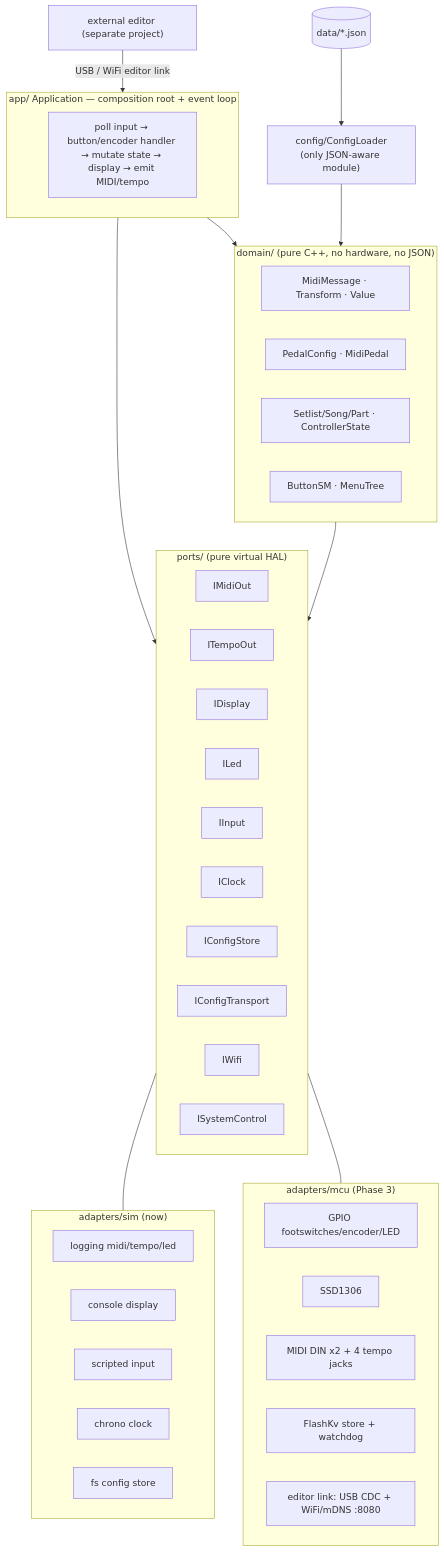
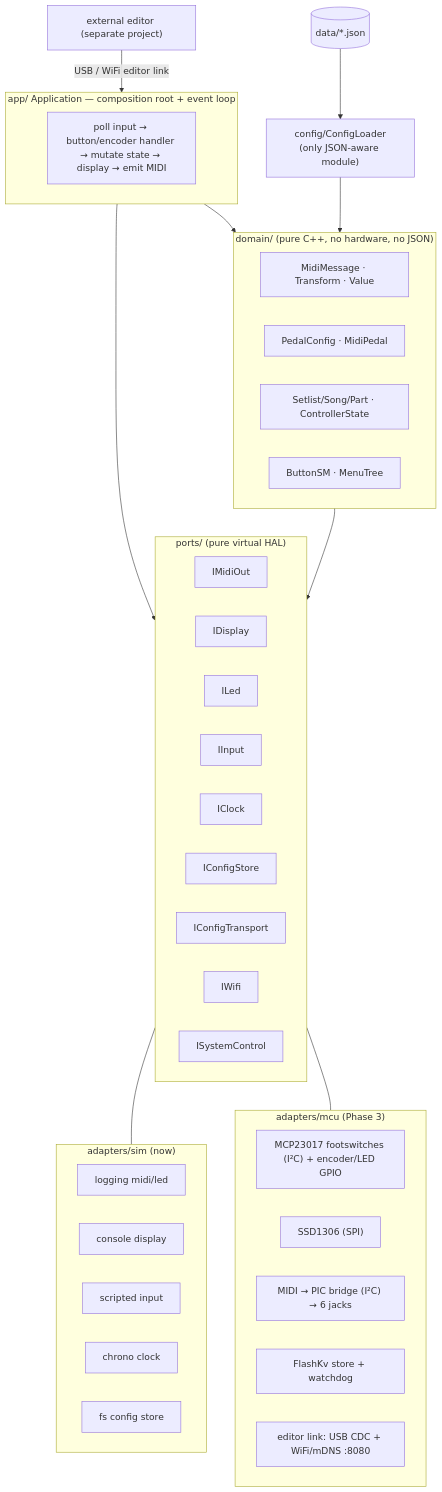
Before and after one commit to jcksnvllxr80/MidiControllerCpp: the first of 2 diagrams in docs/architecture.md, drawn with Mermaid. The commit also changed other lines of this file and 34 other files, not shown here.

Commit message:
Refactor Pico 2 W firmware to drive the real PCB (MCP23017 over I²C, MIDI via PIC bridge, SPI OLED) and remove the fictional tempo-output port

````diff
--- a/docs/architecture.md
+++ b/docs/architecture.md
@@ -7,45 +7,45 @@
 ```mermaid
 flowchart TB
     EXT["external editor (separate project)"] -- "USB / WiFi editor link" --> APP
 
     subgraph APP["app/ Application — composition root + event loop"]
-      L["poll input → button/encoder handler → mutate state → display → emit MIDI/tempo"]
+      L["poll input → button/encoder handler → mutate state → display → emit MIDI"]
     end
 
     subgraph PORTS["ports/ (pure virtual HAL)"]
       direction LR
-      IMidiOut & ITempoOut & IDisplay & ILed
+      IMidiOut & IDisplay & ILed
       IInput & IClock & IConfigStore & IConfigTransport
       IWifi & ISystemControl
     end
 
     subgraph SIM["adapters/sim (now)"]
       direction LR
-      LMid["logging midi/tempo/led"] & CDisp["console display"]
+      LMid["logging midi/led"] & CDisp["console display"]
       SInp["scripted input"] & CClk["chrono clock"] & FsCS["fs config store"]
     end
 
     subgraph MCU["adapters/mcu (Phase 3)"]
       direction LR
-      GPIO["GPIO footswitches/encoder/LED"] & OLED["SSD1306"]
-      DIN["MIDI DIN x2 + 4 tempo jacks"] & STORE["FlashKv store + watchdog"]
+      EXP["MCP23017 footswitches (I²C) + encoder/LED GPIO"] & OLED["SSD1306 (SPI)"]
+      DIN["MIDI → PIC bridge (I²C) → 6 jacks"] & STORE["FlashKv store + watchdog"]
       LINK["editor link: USB CDC + WiFi/mDNS :8080"]
     end
 
     subgraph CORE["domain/ (pure C++, no hardware, no JSON)"]
       direction LR
       MM["MidiMessage · Transform · Value"]
       PC["PedalConfig · MidiPedal"]
       SS["Setlist/Song/Part · ControllerState"]
       BM["ButtonSM · MenuTree"]
     end
 
     APP --> PORTS
     PORTS --- SIM
     PORTS --- MCU
     APP --> CORE
     CORE --> PORTS
 
     CFG["config/ConfigLoader\n(only JSON-aware module)"] --> CORE
     DATA[("data/*.json")] --> CFG
 ```
````
